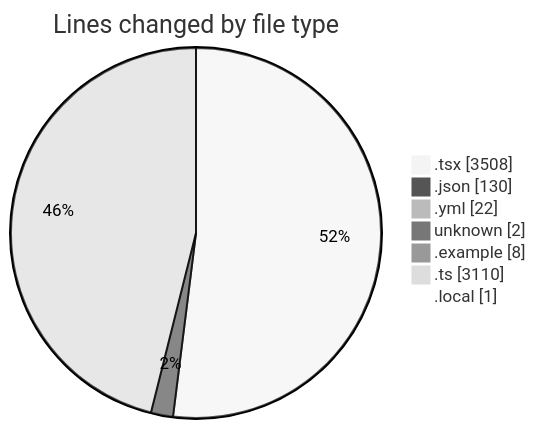
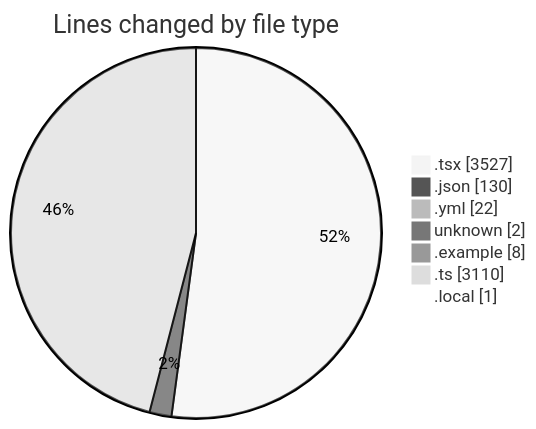
Before and after one commit to julien-gomy/code-tracking: the first of 2 diagrams in 2025-11-21/eventscop-frontend-guide__workspace_/README.md, drawn with Mermaid (neutral theme). The commit also changed other lines of this file and 1 other file, not shown here.

````diff
--- a/2025-11-21/eventscop-frontend-guide__workspace_/README.md
+++ b/2025-11-21/eventscop-frontend-guide__workspace_/README.md
@@ -64,11 +64,11 @@
 ```mermaid
 pie showData
 title Lines changed by file type
-".tsx" : 3508
+".tsx" : 3527
 ".json" : 130
 ".yml" : 22
 "unknown" : 2
 ".example" : 8
 ".ts" : 3110
 ".local" : 1
 ```
````
